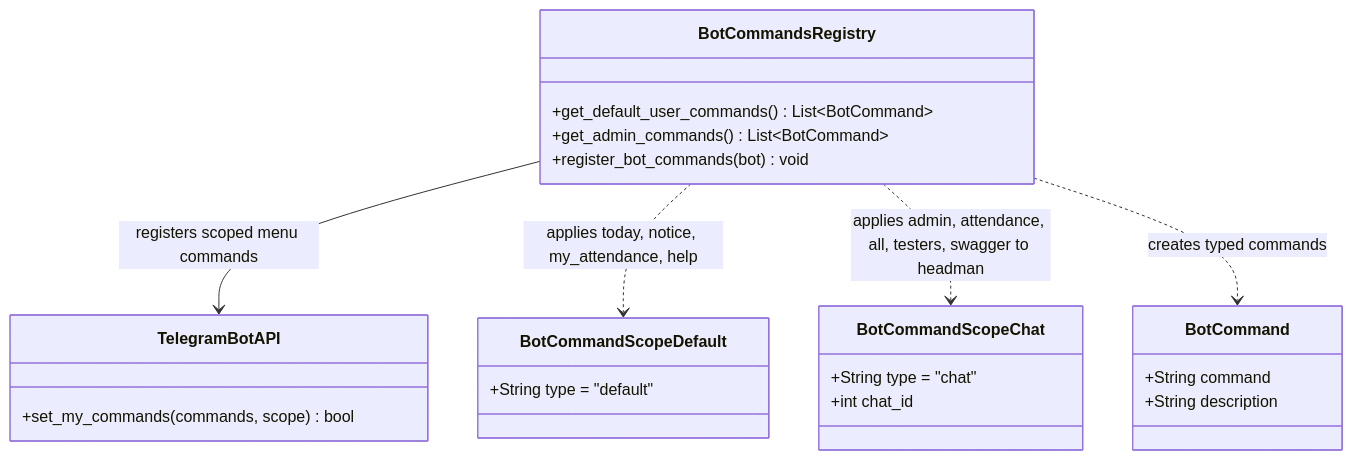
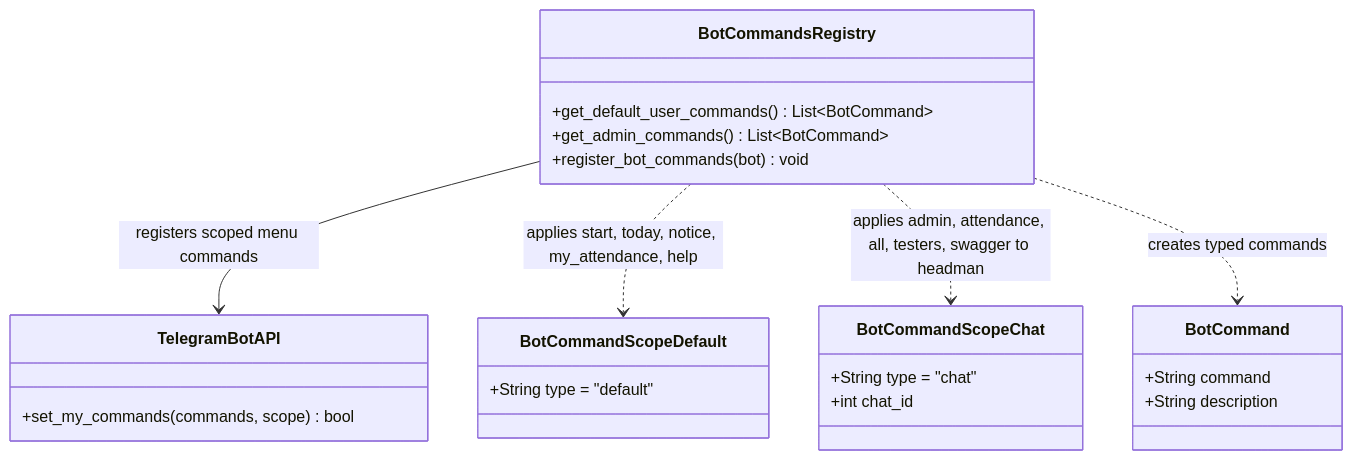
Diagram 21 of 34 in docs/UML.md (Utkautka1/para), drawn with Mermaid before and after one commit. The commit also changed other lines of this file and 2 other files, not shown here.

Commit message:
feat(bot): add /start command at the top of Telegram menu

````diff
--- a/docs/UML.md
+++ b/docs/UML.md
@@ -1547,33 +1547,33 @@
 ```mermaid
 classDiagram
     direction TB
 
     class BotCommandsRegistry {
         +get_default_user_commands() List~BotCommand~
         +get_admin_commands() List~BotCommand~
         +register_bot_commands(bot) void
     }
 
     class TelegramBotAPI {
         +set_my_commands(commands, scope) bool
     }
 
     class BotCommandScopeDefault {
         +String type = "default"
     }
 
     class BotCommandScopeChat {
         +String type = "chat"
         +int chat_id
     }
 
     class BotCommand {
         +String command
         +String description
     }
 
     BotCommandsRegistry --> TelegramBotAPI : registers scoped menu commands
-    BotCommandsRegistry ..> BotCommandScopeDefault : applies today, notice, my_attendance, help
+    BotCommandsRegistry ..> BotCommandScopeDefault : applies start, today, notice, my_attendance, help
     BotCommandsRegistry ..> BotCommandScopeChat : applies admin, attendance, all, testers, swagger to headman
     BotCommandsRegistry ..> BotCommand : creates typed commands
 ```
````
